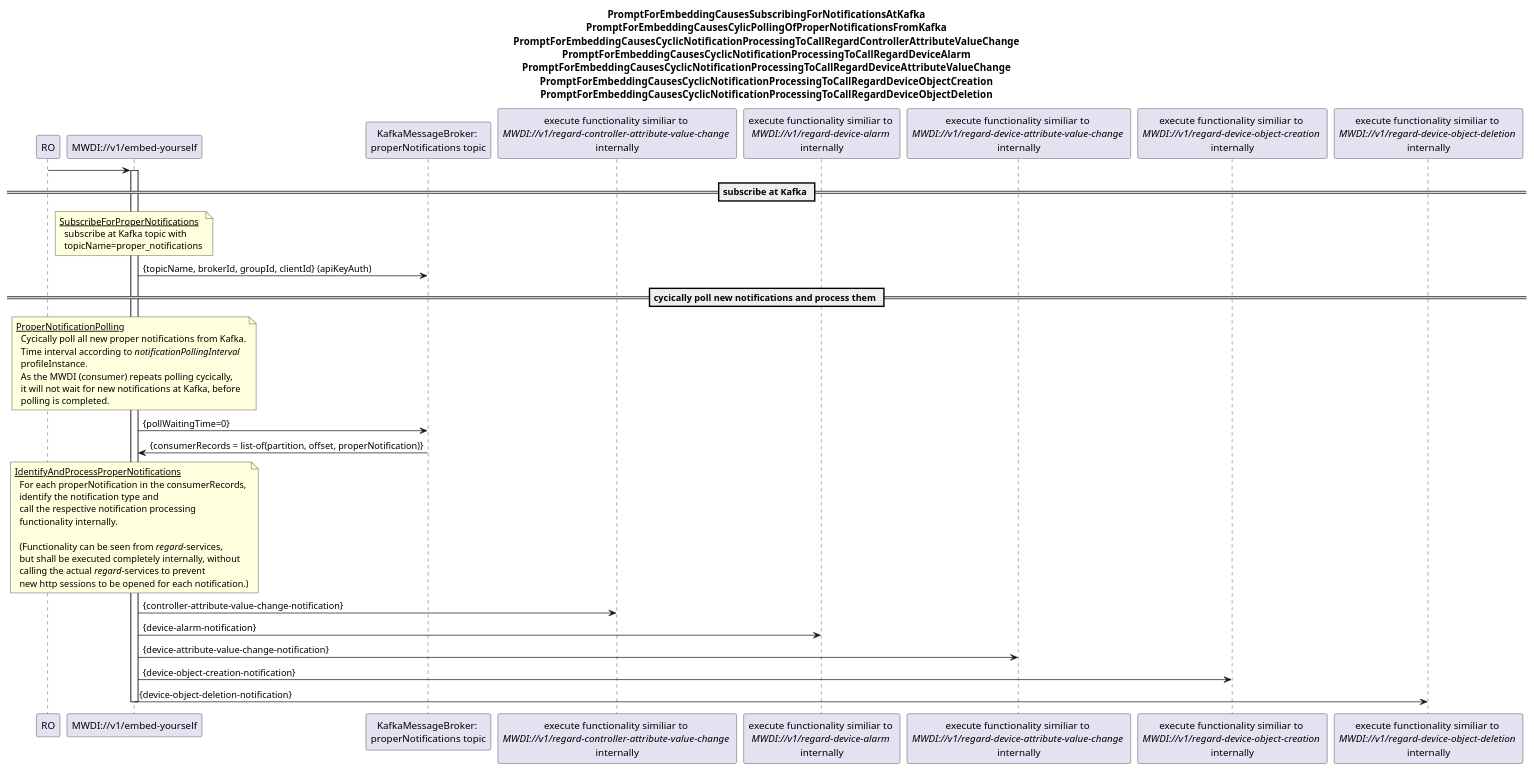
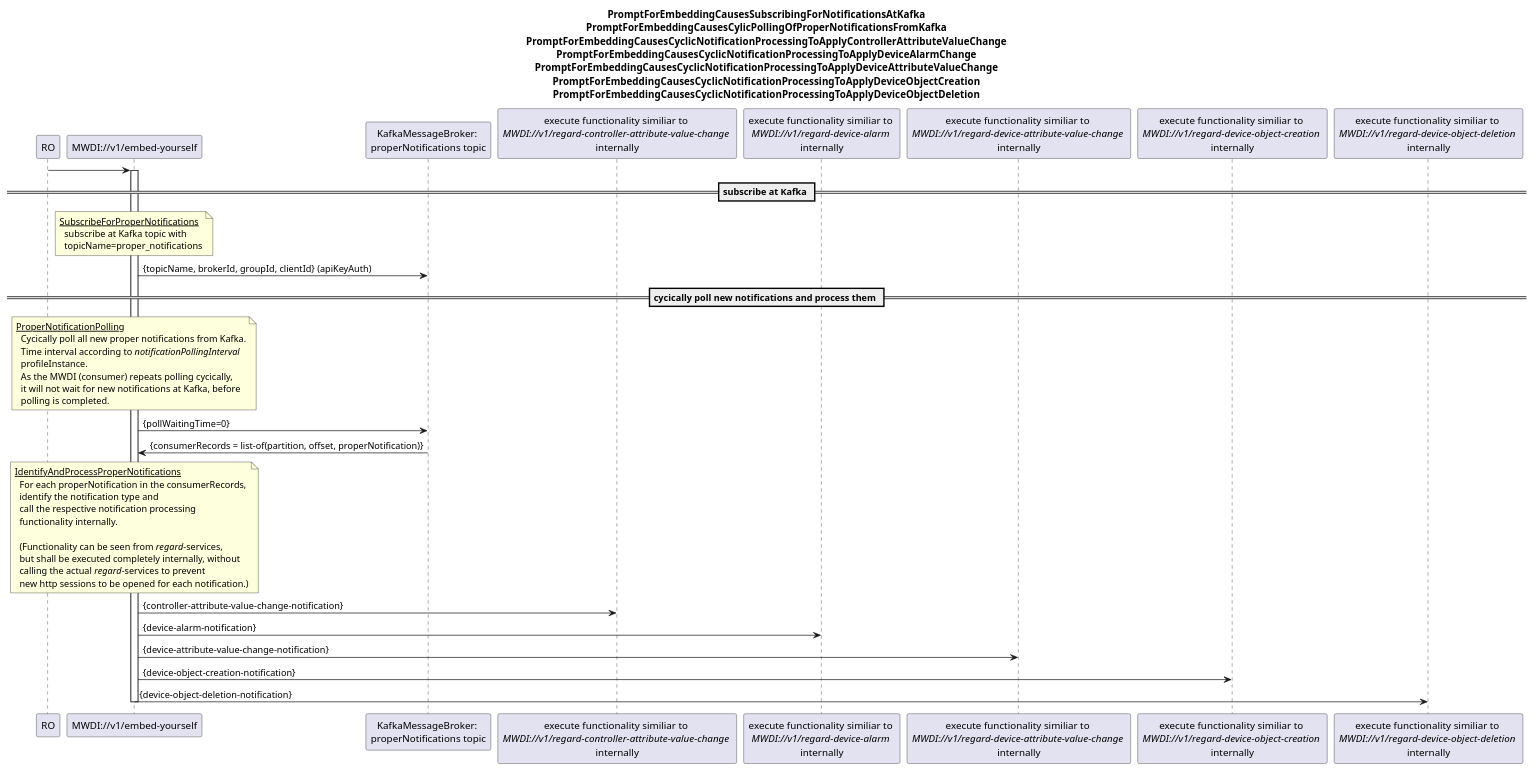
One commit to openBackhaul/MicroWaveDeviceInventory changed the diagram in spec/diagrams/01x_NotifcationPollingFromKafkaAndProcessing.plantuml. Above: the diagram before and after it, drawn with PlantUML. The commit also changed 6 other files, not shown here.

```diff
--- a/spec/diagrams/01x_NotifcationPollingFromKafkaAndProcessing.plantuml
+++ b/spec/diagrams/01x_NotifcationPollingFromKafkaAndProcessing.plantuml
@@ -1,68 +1,68 @@
 @startuml 01x_NotificationPollingFromKafkaAndProcessing
 skinparam responseMessageBelowArrow true
 
 title 
 PromptForEmbeddingCausesSubscribingForNotificationsAtKafka
 PromptForEmbeddingCausesCylicPollingOfProperNotificationsFromKafka
-PromptForEmbeddingCausesCyclicNotificationProcessingToCallRegardControllerAttributeValueChange
-PromptForEmbeddingCausesCyclicNotificationProcessingToCallRegardDeviceAlarm
-PromptForEmbeddingCausesCyclicNotificationProcessingToCallRegardDeviceAttributeValueChange
-PromptForEmbeddingCausesCyclicNotificationProcessingToCallRegardDeviceObjectCreation
-PromptForEmbeddingCausesCyclicNotificationProcessingToCallRegardDeviceObjectDeletion
+PromptForEmbeddingCausesCyclicNotificationProcessingToApplyControllerAttributeValueChange
+PromptForEmbeddingCausesCyclicNotificationProcessingToApplyDeviceAlarmChange
+PromptForEmbeddingCausesCyclicNotificationProcessingToApplyDeviceAttributeValueChange
+PromptForEmbeddingCausesCyclicNotificationProcessingToApplyDeviceObjectCreation
+PromptForEmbeddingCausesCyclicNotificationProcessingToApplyDeviceObjectDeletion
 end title
 
 participant "RO" as ro
 participant "MWDI://v1/embed-yourself" as mwdi
 participant "KafkaMessageBroker: \nproperNotifications topic" as kafka
 participant "execute functionality similiar to \n<i>MWDI://v1/regard-controller-attribute-value-change </i>\ninternally" as regardCtrlAttChange
 participant "execute functionality similiar to \n<i>MWDI://v1/regard-device-alarm </i>\ninternally" as regardAlarm
 participant "execute functionality similiar to \n<i>MWDI://v1/regard-device-attribute-value-change </i>\ninternally" as regardDevAttChange
 participant "execute functionality similiar to \n<i>MWDI://v1/regard-device-object-creation </i>\ninternally" as regardDevObjCreation
 participant "execute functionality similiar to \n<i>MWDI://v1/regard-device-object-deletion </i>\ninternally" as regardDevObjDeletion
 
 ro -> mwdi
 activate mwdi
 
 
 == subscribe at Kafka ==
 note over mwdi
 <u>SubscribeForProperNotifications</u>
   subscribe at Kafka topic with
   topicName=proper_notifications
 end note
 mwdi -> kafka: {topicName, brokerId, groupId, clientId} (apiKeyAuth)
 
 == cycically poll new notifications and process them ==
 note over mwdi
 <u>ProperNotificationPolling</u>
   Cycically poll all new proper notifications from Kafka.
   Time interval according to <i>notificationPollingInterval</i>
   profileInstance.
   As the MWDI (consumer) repeats polling cycically,
   it will not wait for new notifications at Kafka, before
   polling is completed.
 end note
 mwdi -> kafka: {pollWaitingTime=0}
 kafka -> mwdi: {consumerRecords = list-of(partition, offset, properNotification)}
 
 note over mwdi
 <u>IdentifyAndProcessProperNotifications</u>
   For each properNotification in the consumerRecords,
   identify the notification type and 
   call the respective notification processing
   functionality internally.
 
   (Functionality can be seen from <i>regard</i>-services,
   but shall be executed completely internally, without
   calling the actual <i>regard</i>-services to prevent
   new http sessions to be opened for each notification.)
 end note
 mwdi -> regardCtrlAttChange: {controller-attribute-value-change-notification}
 mwdi -> regardAlarm: {device-alarm-notification}
 mwdi -> regardDevAttChange: {device-attribute-value-change-notification}
 mwdi -> regardDevObjCreation: {device-object-creation-notification}
 mwdi -> regardDevObjDeletion: {device-object-deletion-notification}
 
 deactivate mwdi
 
 @enduml
```
